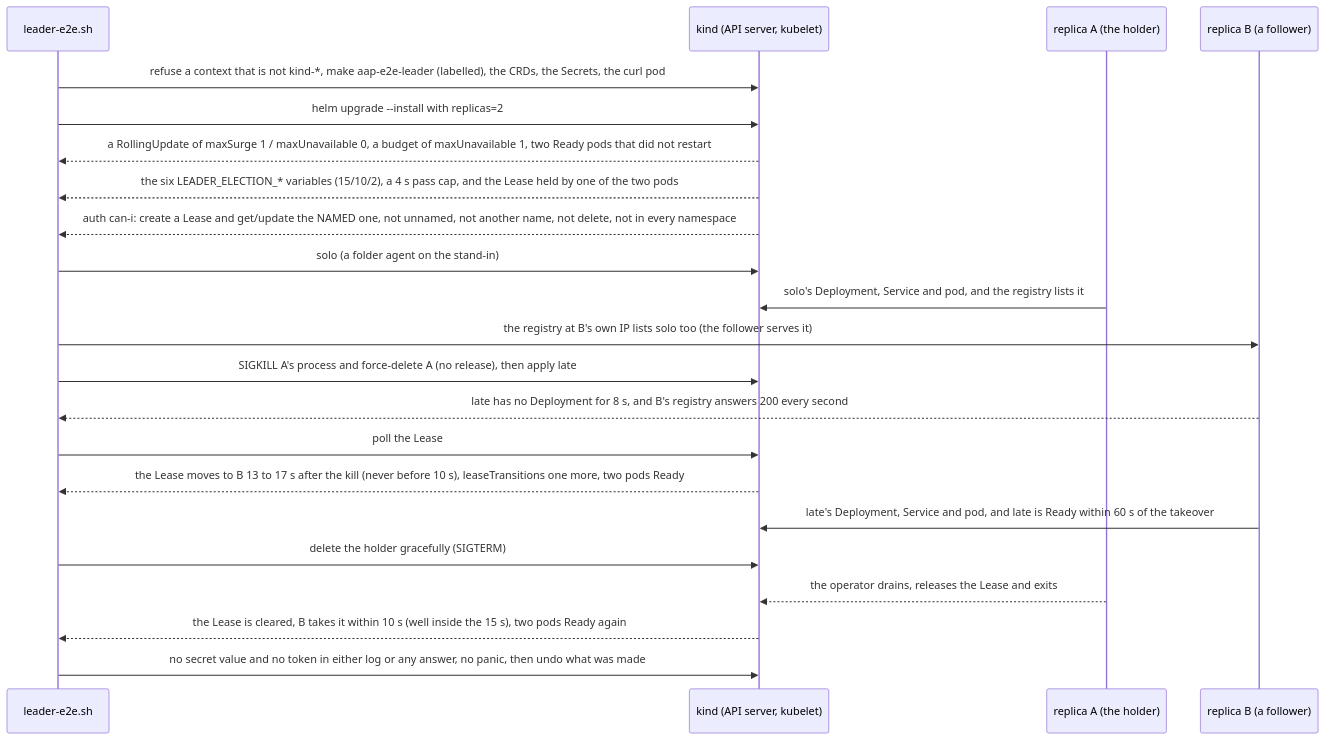
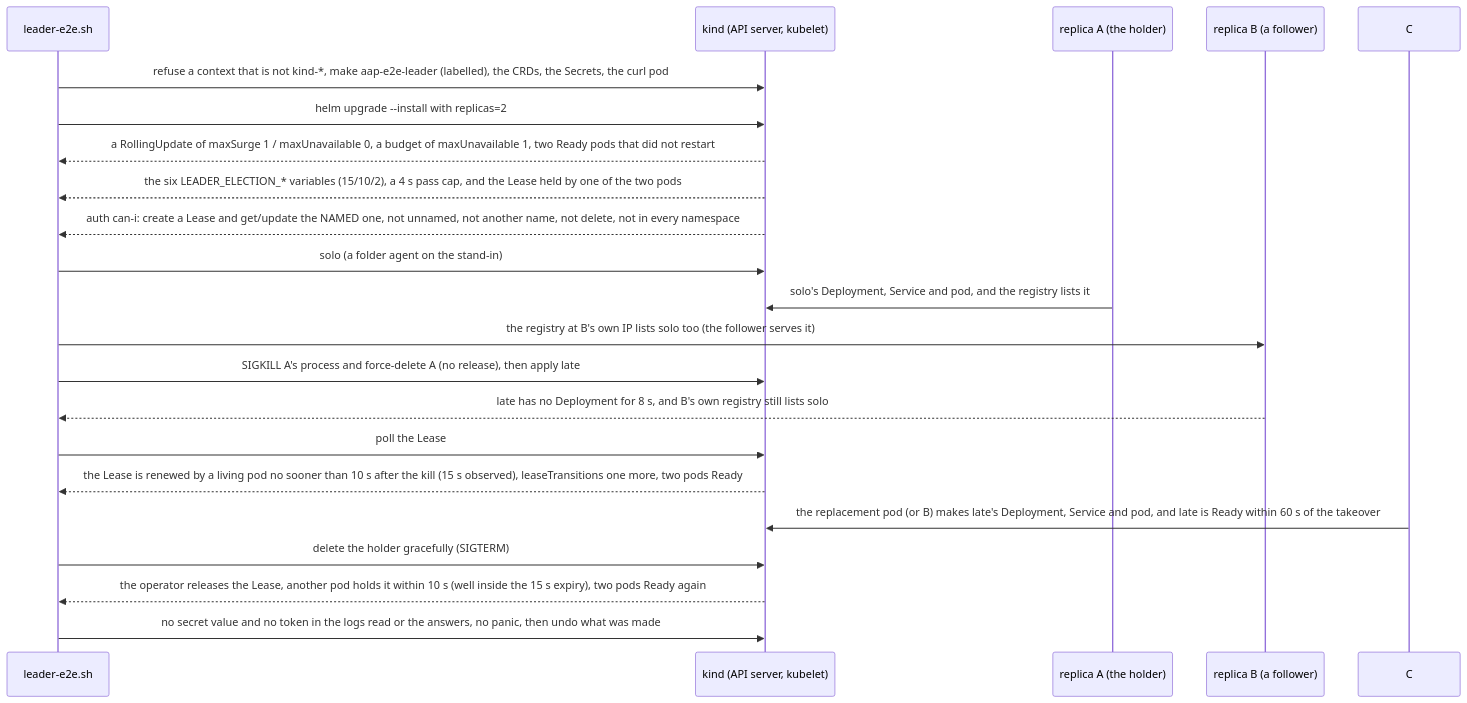
Before and after one commit to vymalo/another-agentic-platform: diagram 11 of 12 in deploy/operator/tests/e2e/README.md, drawn with Mermaid. The commit also changed other lines of this file and 8 other files, not shown here.

````diff
--- a/deploy/operator/tests/e2e/README.md
+++ b/deploy/operator/tests/e2e/README.md
@@ -726,25 +727,24 @@
 ```mermaid
 sequenceDiagram
     participant J as leader-e2e.sh
     participant K as kind (API server, kubelet)
     participant A as replica A (the holder)
     participant B as replica B (a follower)
 
     J->>K: refuse a context that is not kind-*, make aap-e2e-leader (labelled), the CRDs, the Secrets, the curl pod
     J->>K: helm upgrade --install with replicas=2
     K-->>J: a RollingUpdate of maxSurge 1 / maxUnavailable 0, a budget of maxUnavailable 1, two Ready pods that did not restart
     K-->>J: the six LEADER_ELECTION_* variables (15/10/2), a 4 s pass cap, and the Lease held by one of the two pods
     K-->>J: auth can-i: create a Lease and get/update the NAMED one, not unnamed, not another name, not delete, not in every namespace
     J->>K: solo (a folder agent on the stand-in)
     A->>K: solo's Deployment, Service and pod, and the registry lists it
     J->>B: the registry at B's own IP lists solo too (the follower serves it)
     J->>K: SIGKILL A's process and force-delete A (no release), then apply late
-    B-->>J: late has no Deployment for 8 s, and B's registry answers 200 every second
+    B-->>J: late has no Deployment for 8 s, and B's own registry still lists solo
     J->>K: poll the Lease
-    K-->>J: the Lease moves to B 13 to 17 s after the kill (never before 10 s), leaseTransitions one more, two pods Ready
-    B->>K: late's Deployment, Service and pod, and late is Ready within 60 s of the takeover
+    K-->>J: the Lease is renewed by a living pod no sooner than 10 s after the kill (15 s observed), leaseTransitions one more, two pods Ready
+    C->>K: the replacement pod (or B) makes late's Deployment, Service and pod, and late is Ready within 60 s of the takeover
     J->>K: delete the holder gracefully (SIGTERM)
-    A-->>K: the operator drains, releases the Lease and exits
-    K-->>J: the Lease is cleared, B takes it within 10 s (well inside the 15 s), two pods Ready again
-    J->>K: no secret value and no token in either log or any answer, no panic, then undo what was made
+    K-->>J: the operator releases the Lease, another pod holds it within 10 s (well inside the 15 s expiry), two pods Ready again
+    J->>K: no secret value and no token in the logs read or the answers, no panic, then undo what was made
 ```
````
